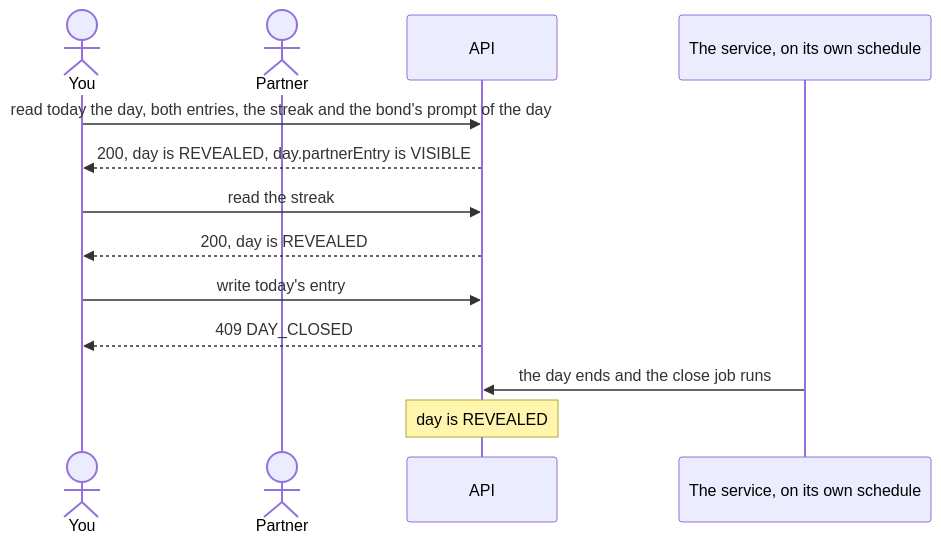
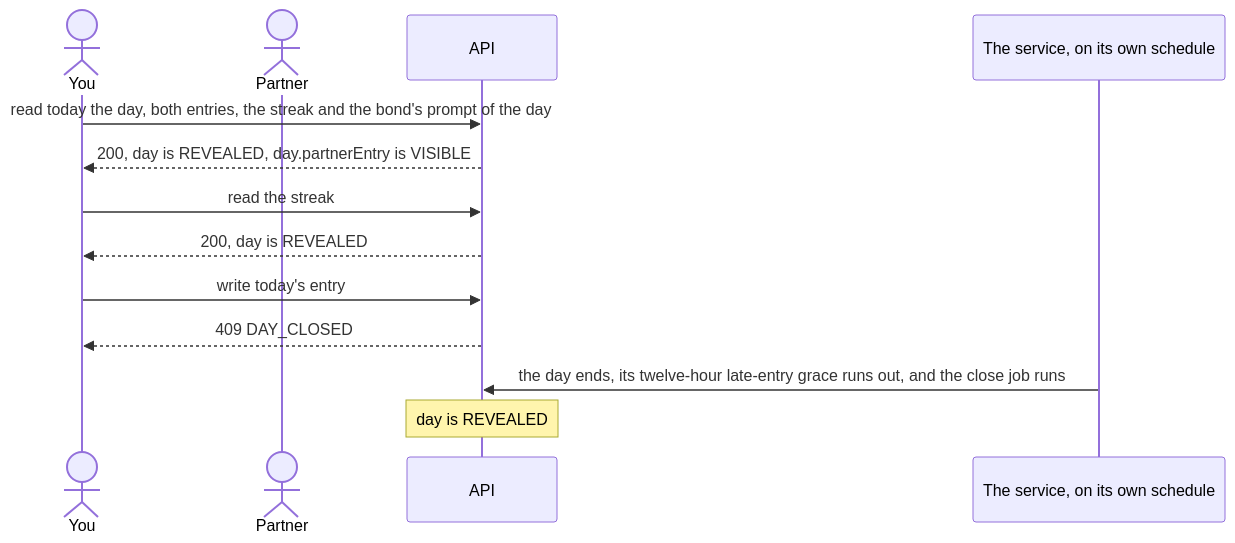
The fourth of 5 diagrams in docs/state-map/journeys.md (Ayodeji97/moyi-backend), drawn with Mermaid before and after one commit. The commit also changed other lines of this file and 11 other files, not shown here.

````diff
--- a/docs/state-map/journeys.md
+++ b/docs/state-map/journeys.md
@@ -144,15 +144,15 @@
 ```mermaid
 sequenceDiagram
     actor You
     actor Partner
     participant API
     participant Job as The service, on its own schedule
     You->>API: read today the day, both entries, the streak and the bond's prompt of the day
     API-->>You: 200, day is REVEALED, day.partnerEntry is VISIBLE
     You->>API: read the streak
     API-->>You: 200, day is REVEALED
     You->>API: write today's entry
     API-->>You: 409 DAY_CLOSED
-    Job->>API: the day ends and the close job runs
+    Job->>API: the day ends, its twelve-hour late-entry grace runs out, and the close job runs
     Note over API: day is REVEALED
 ```
````
